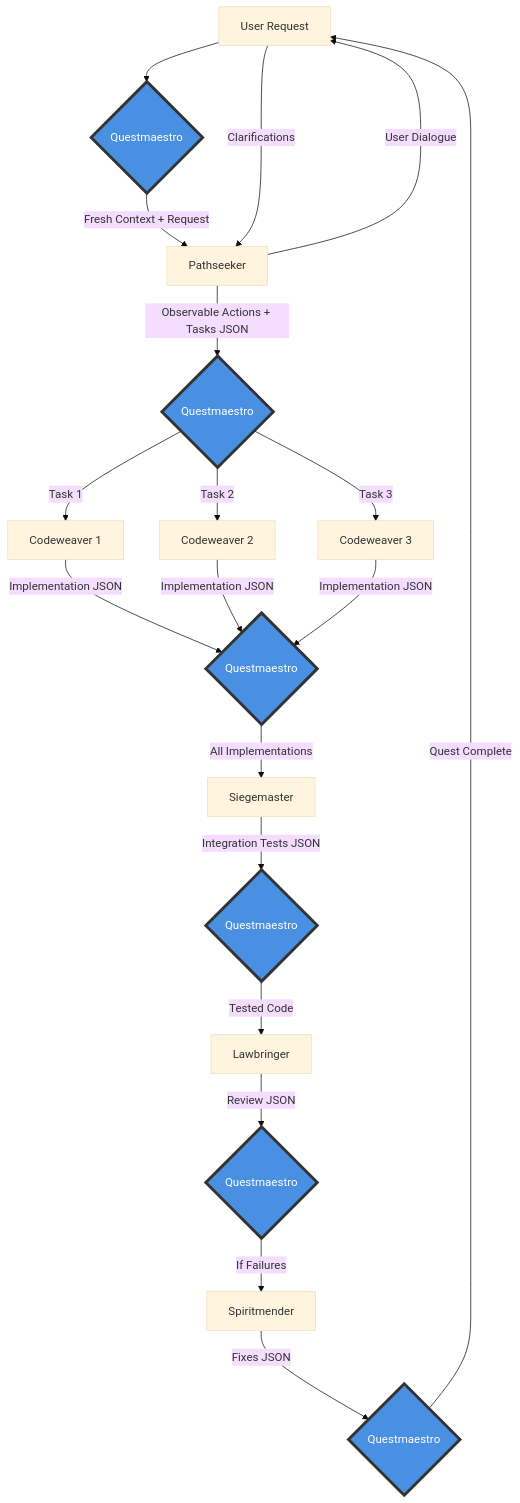
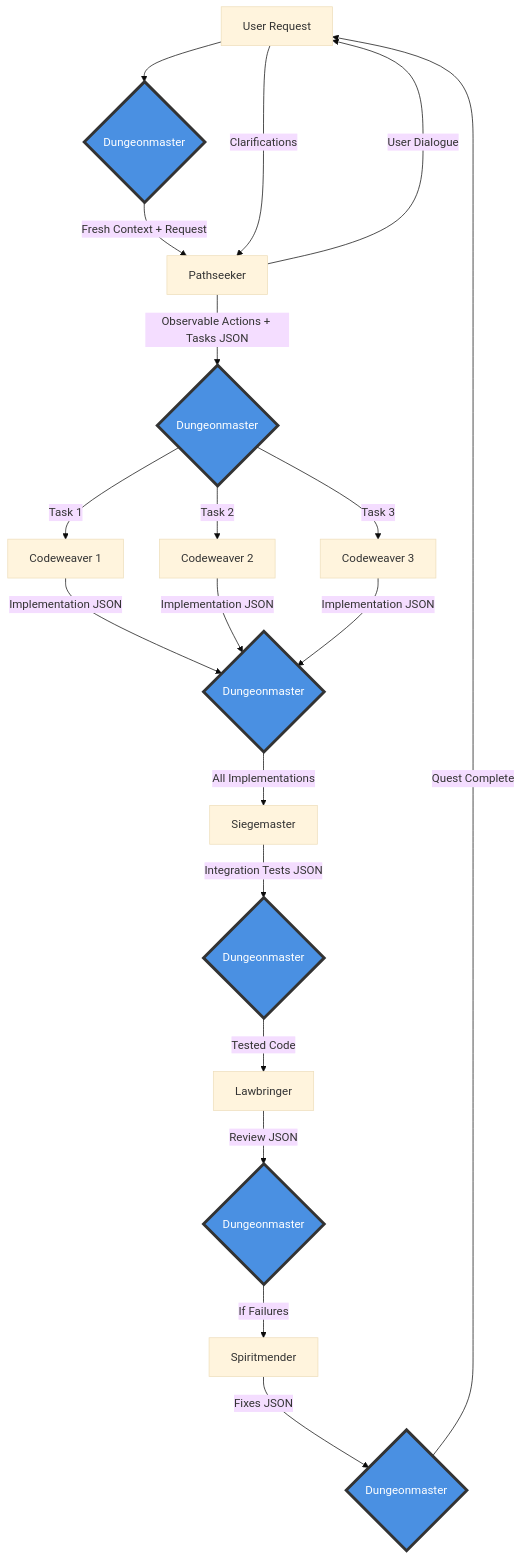
Before and after one commit to StupidIncarnate/codex-of-consentient-craft: the first of 8 diagrams in llm-madness/framework/orchestration-flows.md, drawn with Mermaid (base theme). The commit also changed other lines of this file and 364 other files, not shown here.

````diff
--- a/llm-madness/framework/orchestration-flows.md
+++ b/llm-madness/framework/orchestration-flows.md
@@ -16,36 +17,34 @@
 ```mermaid
 flowchart TD
-    User[User Request] --> QM1{Questmaestro}
+    User[User Request] --> QM1{Dungeonmaster}
     QM1 -->|Fresh Context + Request| PS[Pathseeker]
     
     PS -->|User Dialogue| User
     User -->|Clarifications| PS
-    
-    PS -->|Observable Actions + Tasks JSON| QM2{Questmaestro}
+    PS -->|Observable Actions + Tasks JSON| QM2{Dungeonmaster}
     
     QM2 -->|Task 1| CW1[Codeweaver 1]
     QM2 -->|Task 2| CW2[Codeweaver 2]
     QM2 -->|Task 3| CW3[Codeweaver 3]
-    
-    CW1 -->|Implementation JSON| QM3{Questmaestro}
+    CW1 -->|Implementation JSON| QM3{Dungeonmaster}
     CW2 -->|Implementation JSON| QM3
     CW3 -->|Implementation JSON| QM3
     
     QM3 -->|All Implementations| SM[Siegemaster]
-    SM -->|Integration Tests JSON| QM4{Questmaestro}
+    SM -->|Integration Tests JSON| QM4{Dungeonmaster}
     
     QM4 -->|Tested Code| LB[Lawbringer]
-    LB -->|Review JSON| QM5{Questmaestro}
+    LB -->|Review JSON| QM5{Dungeonmaster}
     
     QM5 -->|If Failures| SP[Spiritmender]
-    SP -->|Fixes JSON| QM6{Questmaestro}
+    SP -->|Fixes JSON| QM6{Dungeonmaster}
     
     QM6 -->|Quest Complete| User
     
     style QM1 fill:#4a90e2,stroke:#333,stroke-width:4px,color:#fff
     style QM2 fill:#4a90e2,stroke:#333,stroke-width:4px,color:#fff
     style QM3 fill:#4a90e2,stroke:#333,stroke-width:4px,color:#fff
     style QM4 fill:#4a90e2,stroke:#333,stroke-width:4px,color:#fff
     style QM5 fill:#4a90e2,stroke:#333,stroke-width:4px,color:#fff
     style QM6 fill:#4a90e2,stroke:#333,stroke-width:4px,color:#fff
 ```
````
